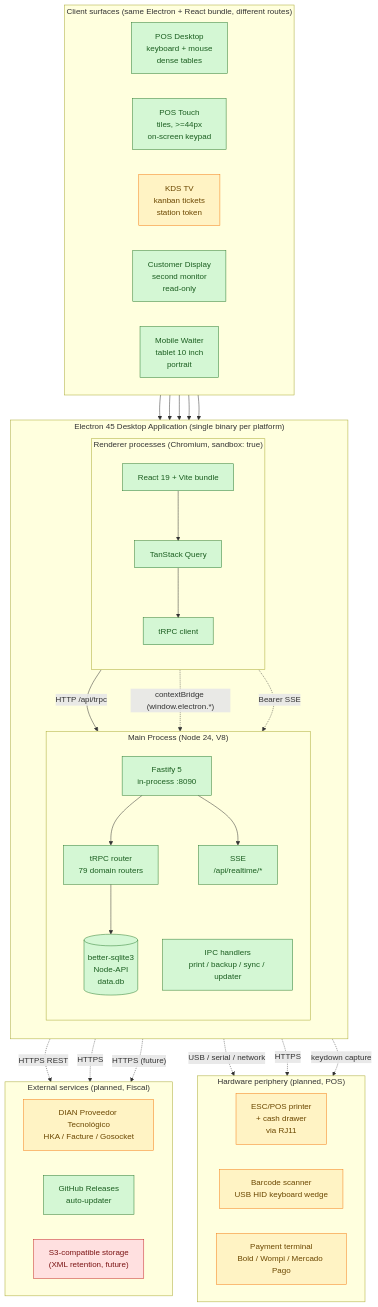
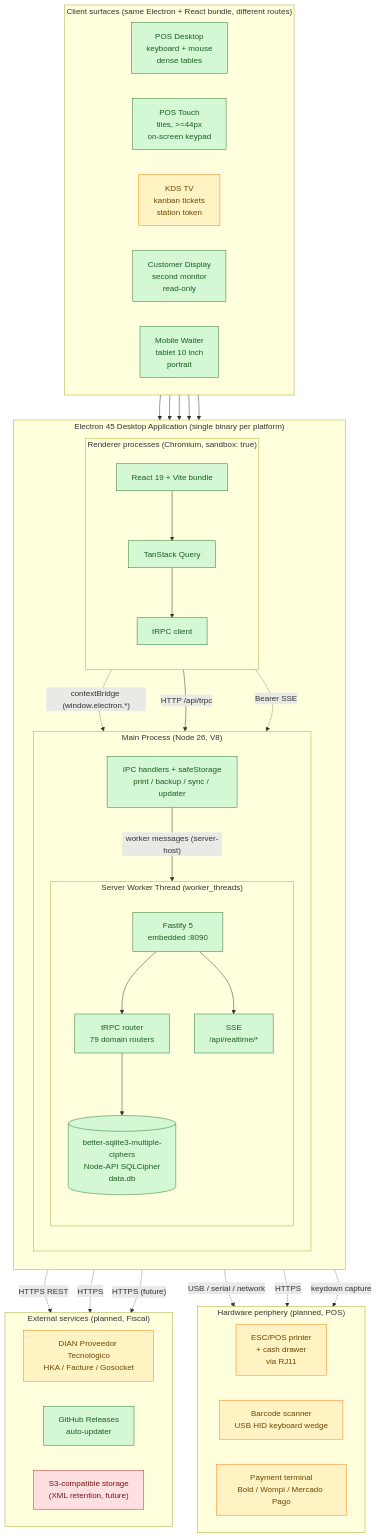
Before and after one commit to johnny4young/puntovivo: the diagram in docs/architecture.mmd, drawn with Mermaid. The commit also changed 25 other files, not shown here.

First line of the commit message:
feat(fiscal): add DIAN direct engine, Ed25519 updater verifier, and usted docs sync

```diff
--- a/docs/architecture.mmd
+++ b/docs/architecture.mmd
@@ -1,81 +1,85 @@
 %% Puntovivo architecture — high-level process and client surface topology
 %% Render: pnpm dlx @mermaid-js/mermaid-cli -i docs/architecture.mmd -o docs/architecture.svg -b transparent
 %% The -b transparent flag is required: mermaid-cli defaults to a white page
 %% background, which regresses the diagram on dark-mode surfaces. The SVG
 %% root style must keep background-color: transparent after every re-render.
 %% Source of truth for the system diagram embedded in docs/ARCHITECTURE.md and README.md.
 
 flowchart TB
   subgraph Electron["Electron 45 Desktop Application (single binary per platform)"]
     direction TB
 
-    subgraph Main["Main Process (Node 24, V8)"]
+    subgraph Main["Main Process (Node 26, V8)"]
       direction TB
-      F["Fastify 5<br/>in-process :8090"]
-      T["tRPC router<br/>79 domain routers"]
-      DB[("better-sqlite3<br/>Node-API<br/>data.db")]
-      IPC["IPC handlers<br/>print / backup / sync / updater"]
-      SSE["SSE<br/>/api/realtime/*"]
-      F --> T
-      F --> SSE
-      T --> DB
+      IPC["IPC handlers + safeStorage<br/>print / backup / sync / updater"]
+      subgraph Worker["Server Worker Thread (worker_threads)"]
+        direction TB
+        F["Fastify 5<br/>embedded :8090"]
+        T["tRPC router<br/>79 domain routers"]
+        DB[("better-sqlite3-multiple-ciphers<br/>Node-API SQLCipher<br/>data.db")]
+        SSE["SSE<br/>/api/realtime/*"]
+        F --> T
+        F --> SSE
+        T --> DB
+      end
+      IPC -- "worker messages (server-host)" --> Worker
     end
 
     subgraph Renderer["Renderer processes (Chromium, sandbox: true)"]
       direction TB
       R["React 19 + Vite bundle"]
       Q["TanStack Query"]
       C["tRPC client"]
       R --> Q --> C
     end
 
     C -- "HTTP /api/trpc" --> F
     R -. "contextBridge (window.electron.*)" .-> IPC
     R -. "Bearer SSE" .-> SSE
   end
 
   subgraph Surfaces["Client surfaces (same Electron + React bundle, different routes)"]
     direction LR
     POSD["POS Desktop<br/>keyboard + mouse<br/>dense tables"]
     POST["POS Touch<br/>tiles, >=44px<br/>on-screen keypad"]
     KDS["KDS TV<br/>kanban tickets<br/>station token"]
     CUST["Customer Display<br/>second monitor<br/>read-only"]
     MOB["Mobile Waiter<br/>tablet 10 inch<br/>portrait"]
   end
 
   POSD --> Renderer
   POST --> Renderer
   KDS --> Renderer
   CUST --> Renderer
   MOB --> Renderer
 
   subgraph Peripherals["Hardware periphery (planned, POS)"]
     direction LR
     ESCP["ESC/POS printer<br/>+ cash drawer<br/>via RJ11"]
     SCAN["Barcode scanner<br/>USB HID keyboard wedge"]
     DAT["Payment terminal<br/>Bold / Wompi / Mercado Pago"]
   end
 
   IPC -. "USB / serial / network" .-> ESCP
   Renderer -. "keydown capture" .-> SCAN
   T -. "HTTPS" .-> DAT
 
   subgraph External["External services (planned, Fiscal)"]
     direction LR
     PT["DIAN Proveedor Tecnológico<br/>HKA / Facture / Gosocket"]
     UPD["GitHub Releases<br/>auto-updater"]
     S3["S3-compatible storage<br/>(XML retention, future)"]
   end
 
   T -. "HTTPS REST" .-> PT
   IPC -. "HTTPS" .-> UPD
   IPC -. "HTTPS (future)" .-> S3
 
   classDef shipped fill:#d4f7d4,stroke:#2e7d32,color:#1b5e20
   classDef planned fill:#fff3c4,stroke:#f57f17,color:#6b4700
   classDef future fill:#ffe0e0,stroke:#c62828,color:#7a1313
 
   class F,T,DB,IPC,SSE,R,Q,C,POSD,UPD shipped
   class POST,MOB,CUST shipped
   class KDS,ESCP,SCAN,DAT,PT planned
   class S3 future
```
